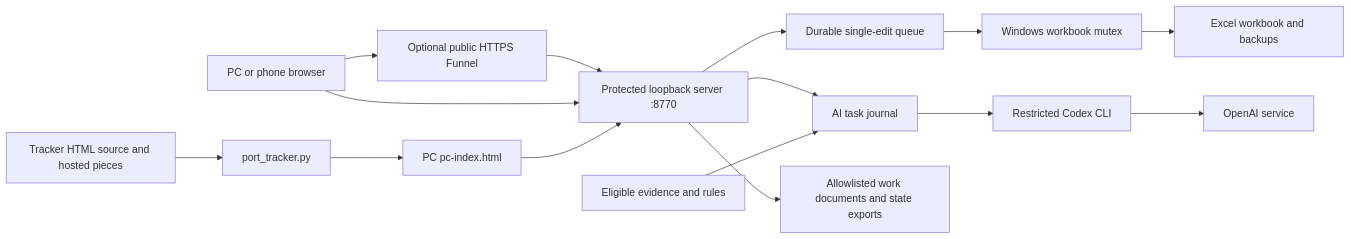
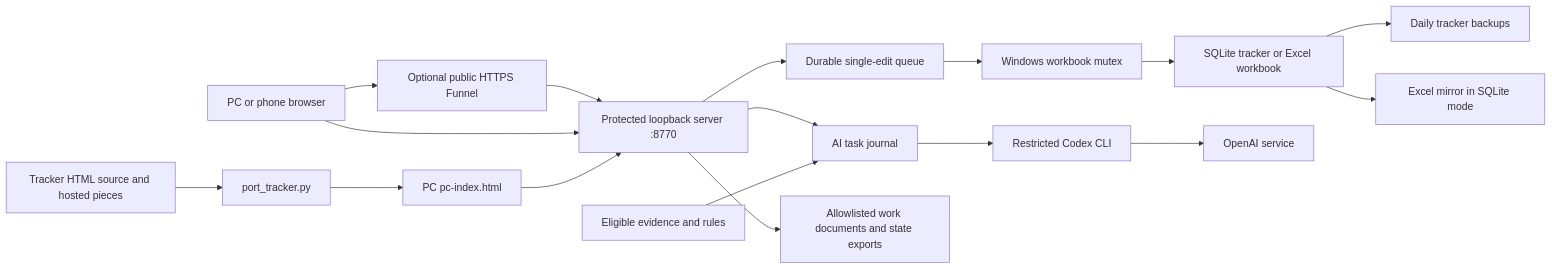
Before and after one commit to AlejaR23/job-search-hq: the diagram in docs/ARCHITECTURE.md, drawn with Mermaid. The commit also changed other lines of this file and 7 other files, not shown here.

````diff
--- a/docs/ARCHITECTURE.md
+++ b/docs/ARCHITECTURE.md
@@ -5,17 +5,19 @@
 ```mermaid
 flowchart LR
     Source[Tracker HTML source and hosted pieces] --> Build[port_tracker.py]
     Build --> PC[PC pc-index.html]
     Browser[PC or phone browser] --> Tunnel[Optional public HTTPS Funnel]
     Tunnel --> Server[Protected loopback server :8770]
     Browser --> Server
     PC --> Server
     Server --> Queue[Durable single-edit queue]
     Queue --> Lock[Windows workbook mutex]
-    Lock --> Workbook[Excel workbook and backups]
+    Lock --> Tracker[SQLite tracker or Excel workbook]
+    Tracker --> Backup[Daily tracker backups]
+    Tracker --> Mirror[Excel mirror in SQLite mode]
     Server --> Tasks[AI task journal]
     Evidence[Eligible evidence and rules] --> Tasks
     Tasks --> CLI[Restricted Codex CLI]
     CLI --> OpenAI[OpenAI service]
     Server --> Files[Allowlisted work documents and state exports]
 ```
````
